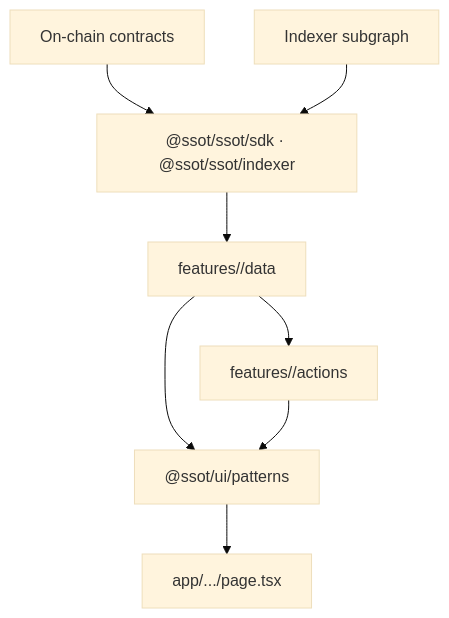
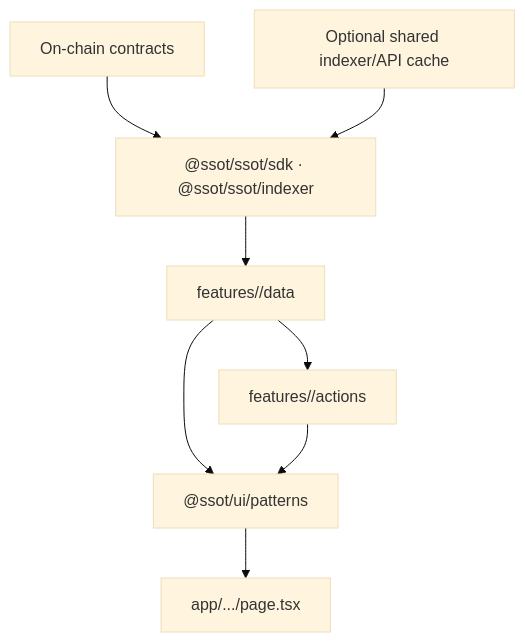
One commit to arbigamefi/ssot_BBOG changed the first of 2 diagrams in docs/design/14-data-and-state.md. Above: the diagram before and after it, drawn with Mermaid (base theme). The commit also changed other lines of this file and 15 other files, not shown here.

````diff
--- a/docs/design/14-data-and-state.md
+++ b/docs/design/14-data-and-state.md
@@ -17,10 +17,10 @@
 ```mermaid
 flowchart TB
   C[On-chain contracts] --> S
-  I[Indexer subgraph] --> S
+  I[Optional shared indexer/API cache] --> S
   S["@ssot/ssot/sdk · @ssot/ssot/indexer"] --> D
   D[features/<vertical>/data] --> A[features/<vertical>/actions]
   D --> P["@ssot/ui/patterns"]
   A --> P
   P --> Page[app/.../page.tsx]
 ```
````
